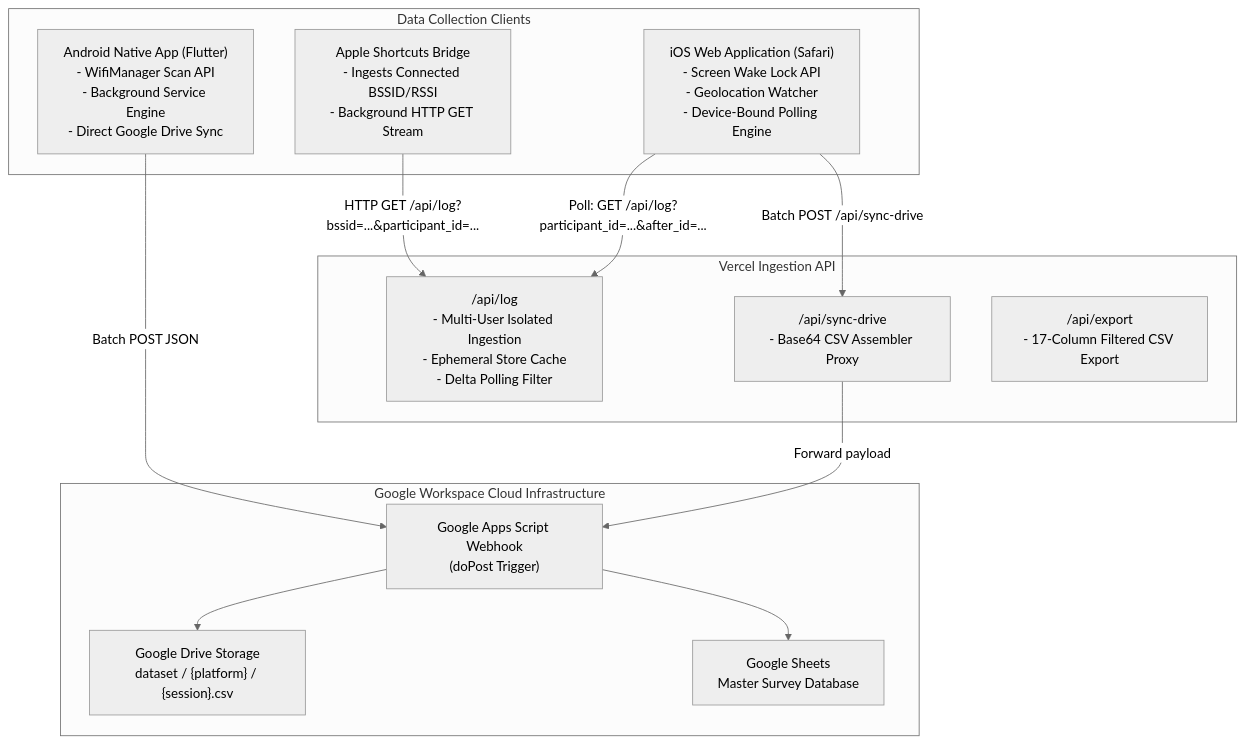
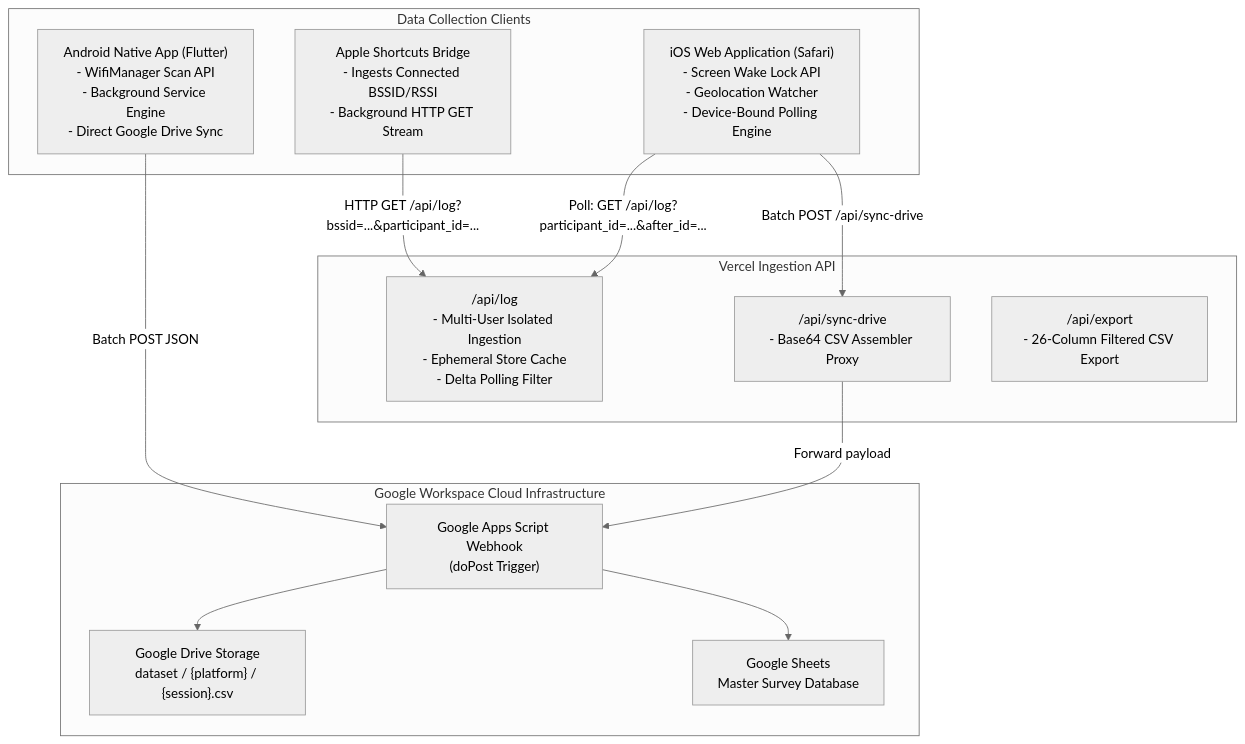
One commit to Kitsada4435/rssi-web-logger changed the second of 2 diagrams in README.md. Above: the diagram before and after it, drawn with Mermaid (neutral theme). The commit also changed other lines of this file and 9 other files, not shown here.

Commit message:
feat(schema): unify App and Web telemetry into standardized 26-column research format

````diff
--- a/README.md
+++ b/README.md
@@ -171,28 +180,28 @@
 ```mermaid
 flowchart TD
     subgraph ClientLayer ["Data Collection Clients"]
         AndroidClient["Android Native App (Flutter)<br>- WifiManager Scan API<br>- Background Service Engine<br>- Direct Google Drive Sync"]
         iOSClient["iOS Web Application (Safari)<br>- Screen Wake Lock API<br>- Geolocation Watcher<br>- Device-Bound Polling Engine"]
         ShortcutBridge["Apple Shortcuts Bridge<br>- Ingests Connected BSSID/RSSI<br>- Background HTTP GET Stream"]
     end
 
     subgraph ServerlessLayer ["Vercel Ingestion API"]
         LogAPI["/api/log<br>- Multi-User Isolated Ingestion<br>- Ephemeral Store Cache<br>- Delta Polling Filter"]
         SyncAPI["/api/sync-drive<br>- Base64 CSV Assembler Proxy"]
-        ExportAPI["/api/export<br>- 17-Column Filtered CSV Export"]
+        ExportAPI["/api/export<br>- 26-Column Filtered CSV Export"]
     end
 
     subgraph StorageLayer ["Google Workspace Cloud Infrastructure"]
         GAS["Google Apps Script Webhook<br>(doPost Trigger)"]
         GDrive["Google Drive Storage<br>dataset / {platform} / {session}.csv"]
         GSheet["Google Sheets<br>Master Survey Database"]
     end
 
     AndroidClient -- "Batch POST JSON" --> GAS
     ShortcutBridge -- "HTTP GET /api/log?bssid=...&participant_id=..." --> LogAPI
     iOSClient -- "Poll: GET /api/log?participant_id=...&after_id=..." --> LogAPI
     iOSClient -- "Batch POST /api/sync-drive" --> SyncAPI
     SyncAPI -- "Forward payload" --> GAS
     GAS --> GDrive
     GAS --> GSheet
 ```
````
